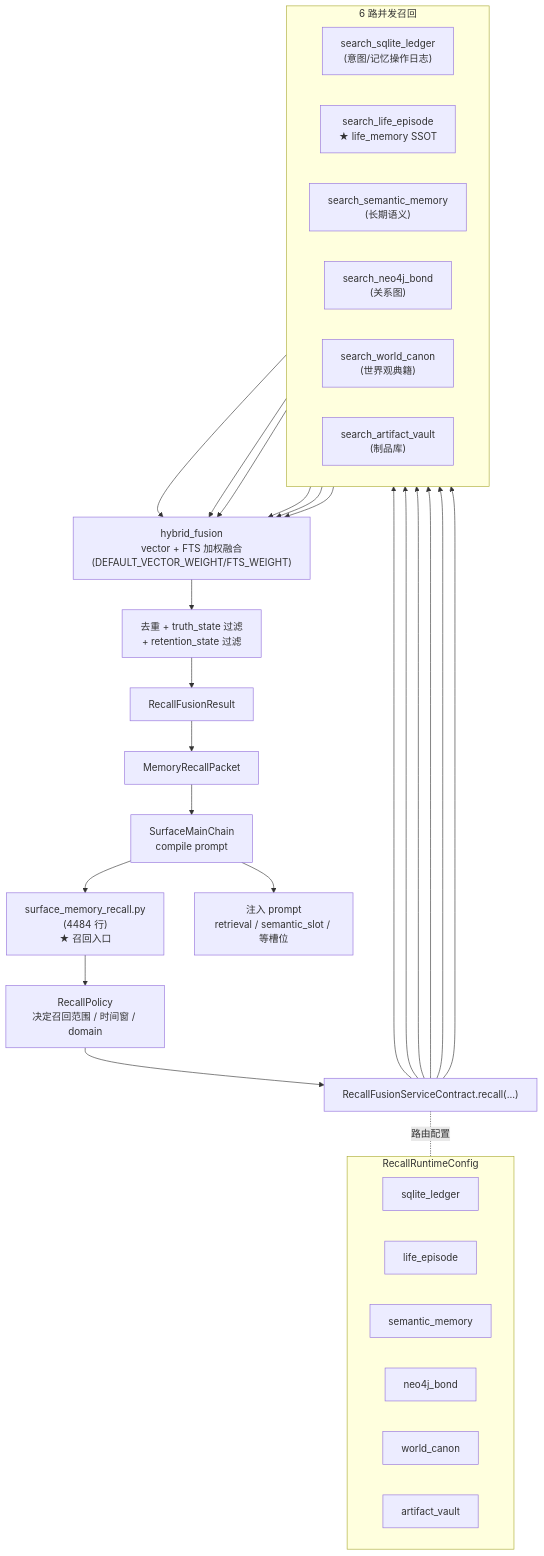
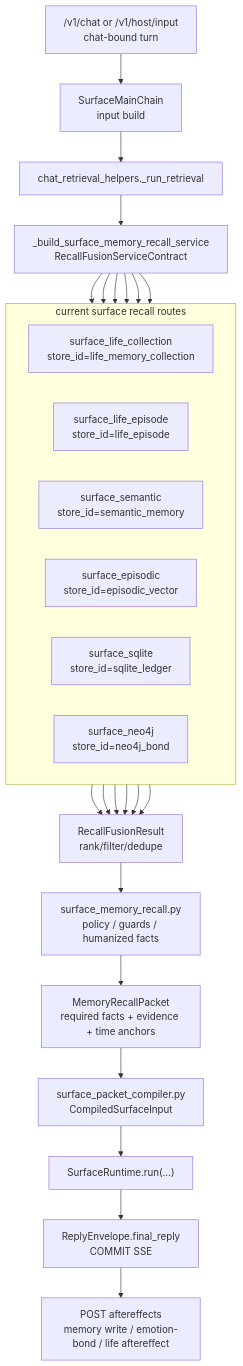
The first of 4 diagrams in docs/50_project/arch/diagrams/03_dataflow_recall.md (SakuraYoruno/Natsume_Ai), drawn with Mermaid before and after one commit. The commit also changed other lines of this file and 20 other files, not shown here.

Commit message:
docs: align project architecture docs with current runtime

````diff
--- a/docs/50_project/arch/diagrams/03_dataflow_recall.md
+++ b/docs/50_project/arch/diagrams/03_dataflow_recall.md
@@ -21,40 +23,40 @@
 ```mermaid
 flowchart TD
-    SC["SurfaceMainChain<br/>compile prompt"]
-    SC --> SMR["surface_memory_recall.py<br/>(4484 行)<br/>★ 召回入口"]
+    IN["/v1/chat or /v1/host/input<br/>chat-bound turn"]
+    SMC["SurfaceMainChain<br/>input build"]
+    RUN["chat_retrieval_helpers._run_retrieval"]
+    SVC["_build_surface_memory_recall_service<br/>RecallFusionServiceContract"]
 
-    SMR --> POL["RecallPolicy<br/>决定召回范围 / 时间窗 / domain"]
-    POL --> RFS["RecallFusionServiceContract.recall(...)"]
+    IN --> SMC --> RUN --> SVC
 
-    subgraph RouteCfg["RecallRuntimeConfig"]
-        RC1["sqlite_ledger"]
-        RC2["life_episode"]
-        RC3["semantic_memory"]
-        RC4["neo4j_bond"]
-        RC5["world_canon"]
-        RC6["artifact_vault"]
+    subgraph Routes["current surface recall routes"]
+        direction LR
+        R0["surface_life_collection<br/>store_id=life_memory_collection"]
+        R1["surface_life_episode<br/>store_id=life_episode"]
+        R2["surface_semantic<br/>store_id=semantic_memory"]
+        R3["surface_episodic<br/>store_id=episodic_vector"]
+        R4["surface_sqlite<br/>store_id=sqlite_ledger"]
+        R5["surface_neo4j<br/>store_id=neo4j_bond"]
     end
 
-    RFS -.路由配置.- RouteCfg
+    SVC --> R0
+    SVC --> R1
+    SVC --> R2
+    SVC --> R3
+    SVC --> R4
+    SVC --> R5
 
-    subgraph Stores["6 路并发召回"]
-        direction LR
-        S1["search_sqlite_ledger<br/>(意图/记忆操作日志)"]
-        S2["search_life_episode<br/>★ life_memory SSOT"]
-        S3["search_semantic_memory<br/>(长期语义)"]
-        S4["search_neo4j_bond<br/>(关系图)"]
-        S5["search_world_canon<br/>(世界观典籍)"]
-        S6["search_artifact_vault<br/>(制品库)"]
-    end
+    R0 --> FUS["RecallFusionResult<br/>rank/filter/dedupe"]
+    R1 --> FUS
+    R2 --> FUS
+    R3 --> FUS
+    R4 --> FUS
+    R5 --> FUS
 
-    RFS --> S1 & S2 & S3 & S4 & S5 & S6
-
-    S1 & S2 & S3 & S4 & S5 & S6 --> HF["hybrid_fusion<br/>vector + FTS 加权融合<br/>(DEFAULT_VECTOR_WEIGHT/FTS_WEIGHT)"]
-
-    HF --> DD["去重 + truth_state 过滤<br/>+ retention_state 过滤"]
-    DD --> RES["RecallFusionResult"]
-    RES --> MRP["MemoryRecallPacket"]
-    MRP --> SC
-
-    SC --> PROMPT["注入 prompt<br/>retrieval / semantic_slot / 等槽位"]
+    FUS --> SMR["surface_memory_recall.py<br/>policy / guards / humanized facts"]
+    SMR --> MRP["MemoryRecallPacket<br/>required facts + evidence + time anchors"]
+    MRP --> PACK["surface_packet_compiler.py<br/>CompiledSurfaceInput"]
+    PACK --> RT["SurfaceRuntime.run(...)"]
+    RT --> ENV["ReplyEnvelope.final_reply<br/>COMMIT SSE"]
+    ENV --> POST["POST aftereffects<br/>memory write / emotion-bond / life aftereffect"]
 ```
````
